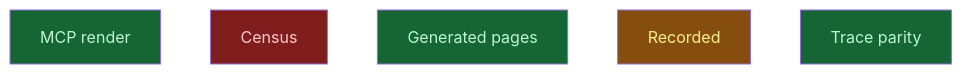
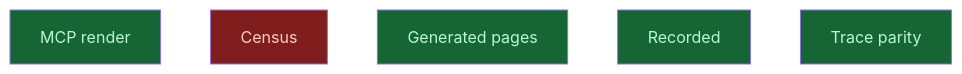
Before and after one commit to CrackingShells/Candler: the diagram in __roadmap__/integrity/causes/checkpoint/snapshot/review/dogfood/parity/answered/README.md, drawn with Mermaid. The commit also changed other lines of this file and 4 other files, not shown here.

````diff
--- a/__roadmap__/integrity/causes/checkpoint/snapshot/review/dogfood/parity/answered/README.md
+++ b/__roadmap__/integrity/causes/checkpoint/snapshot/review/dogfood/parity/answered/README.md
@@ -16,13 +16,13 @@
 ```mermaid
 graph TD
     mcp_render[MCP render]:::done
     census[Census]:::blocked
     pages[Generated pages]:::done
-    recorded[Recorded]:::inprogress
+    recorded[Recorded]:::done
     trace_parity[Trace parity]:::done
     classDef done       fill:#166534,color:#bbf7d0
     classDef inprogress fill:#854d0e,color:#fef08a
     classDef planned    fill:#374151,color:#e5e7eb
     classDef amendment  fill:#1e3a5f,color:#bfdbfe
     classDef blocked    fill:#7f1d1d,color:#fecaca
 ```
````
